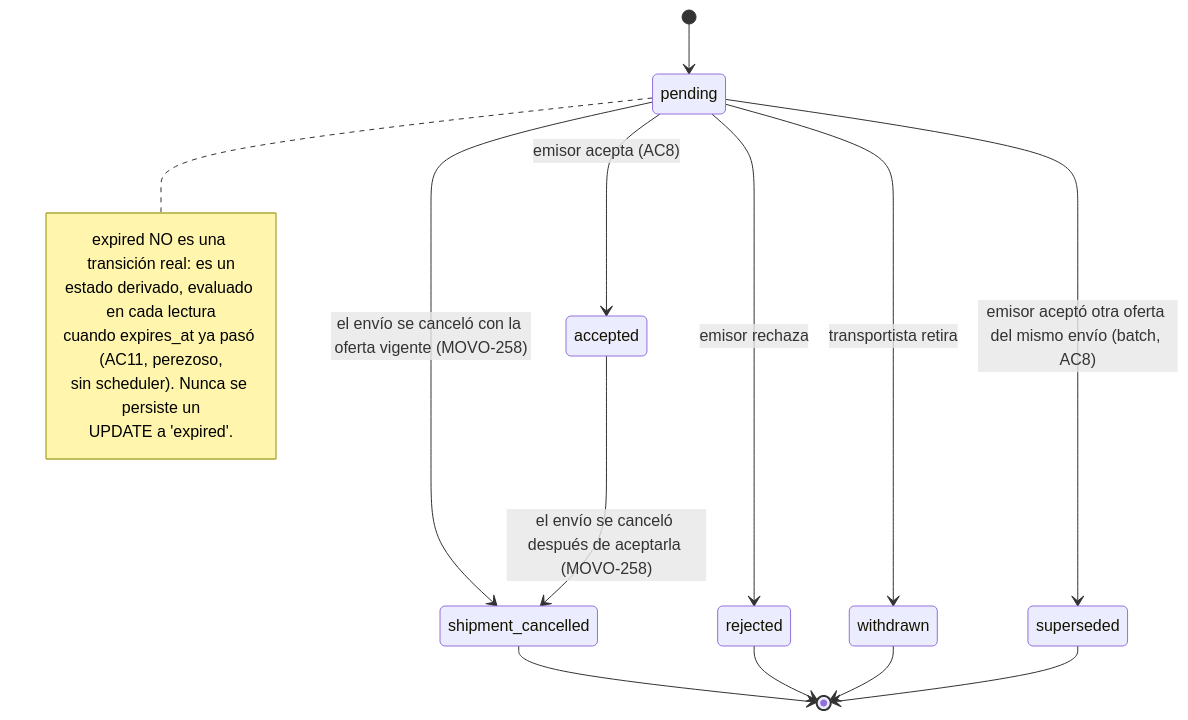
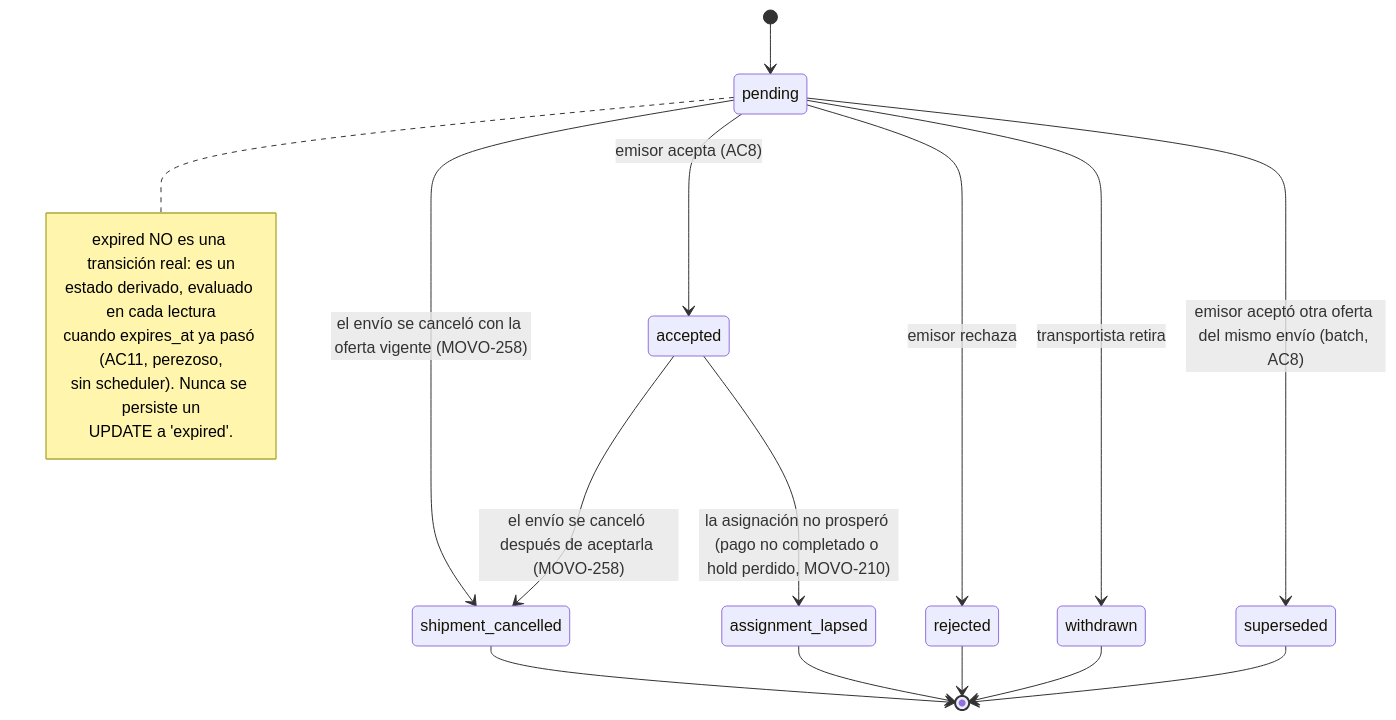
The diagram in docs/shipments/offer-state-diagram.md (movosend/movo), drawn with Mermaid before and after one commit. The commit also changed other lines of this file and 3 other files, not shown here.

First line of the commit message:
docs(shipments): ADR-037 y diagramas de la saga con el review de la PR

````diff
--- a/docs/shipments/offer-state-diagram.md
+++ b/docs/shipments/offer-state-diagram.md
@@ -21,24 +21,26 @@
 ```mermaid
 stateDiagram-v2
     [*] --> pending
 
     pending --> accepted: emisor acepta (AC8)
     pending --> rejected: emisor rechaza
     pending --> withdrawn: transportista retira
     pending --> superseded: emisor aceptó otra oferta del mismo envío (batch, AC8)
     pending --> shipment_cancelled: el envío se canceló con la oferta vigente (MOVO-258)
     accepted --> shipment_cancelled: el envío se canceló después de aceptarla (MOVO-258)
+    accepted --> assignment_lapsed: la asignación no prosperó (pago no completado o hold perdido, MOVO-210)
 
     shipment_cancelled --> [*]
+    assignment_lapsed --> [*]
     rejected --> [*]
     withdrawn --> [*]
     superseded --> [*]
 
     note right of pending
         expired NO es una transición real: es un
         estado derivado, evaluado en cada lectura
         cuando expires_at ya pasó (AC11, perezoso,
         sin scheduler). Nunca se persiste un
         UPDATE a 'expired'.
     end note
 ```
````
